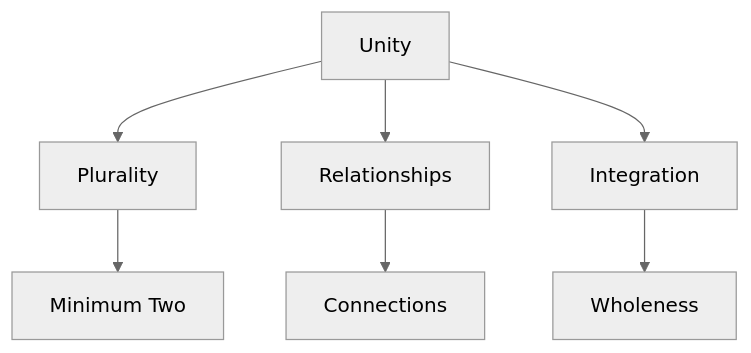
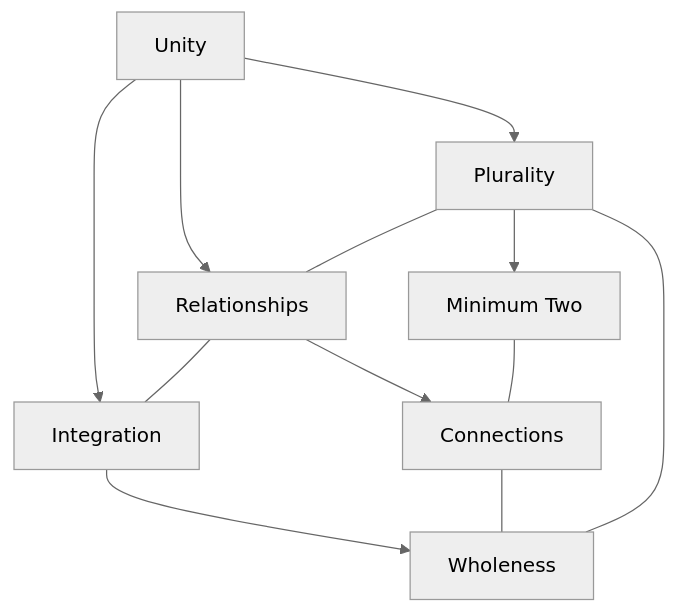
The second of 6 diagrams in formalisms/numbers/1.md (docxology/School_of_Tomorrow), drawn with Mermaid (neutral theme) before and after one commit. The commit also changed other lines of this file and 9311 other files, not shown here.

````diff
--- a/formalisms/numbers/1.md
+++ b/formalisms/numbers/1.md
@@ -98,9 +98,15 @@
 ```mermaid
 graph TD
     A[Unity] --> B[Plurality]
     A --> C[Relationships]
     A --> D[Integration]
     B --> E[Minimum Two]
     C --> F[Connections]
     D --> G[Wholeness]
+    
+    B --- C
+    C --- D
+    E --- F
+    F --- G
+    B --- G
 ```
````
